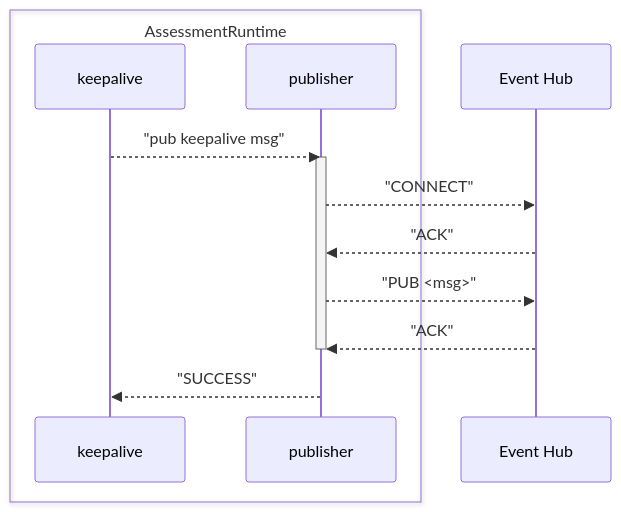
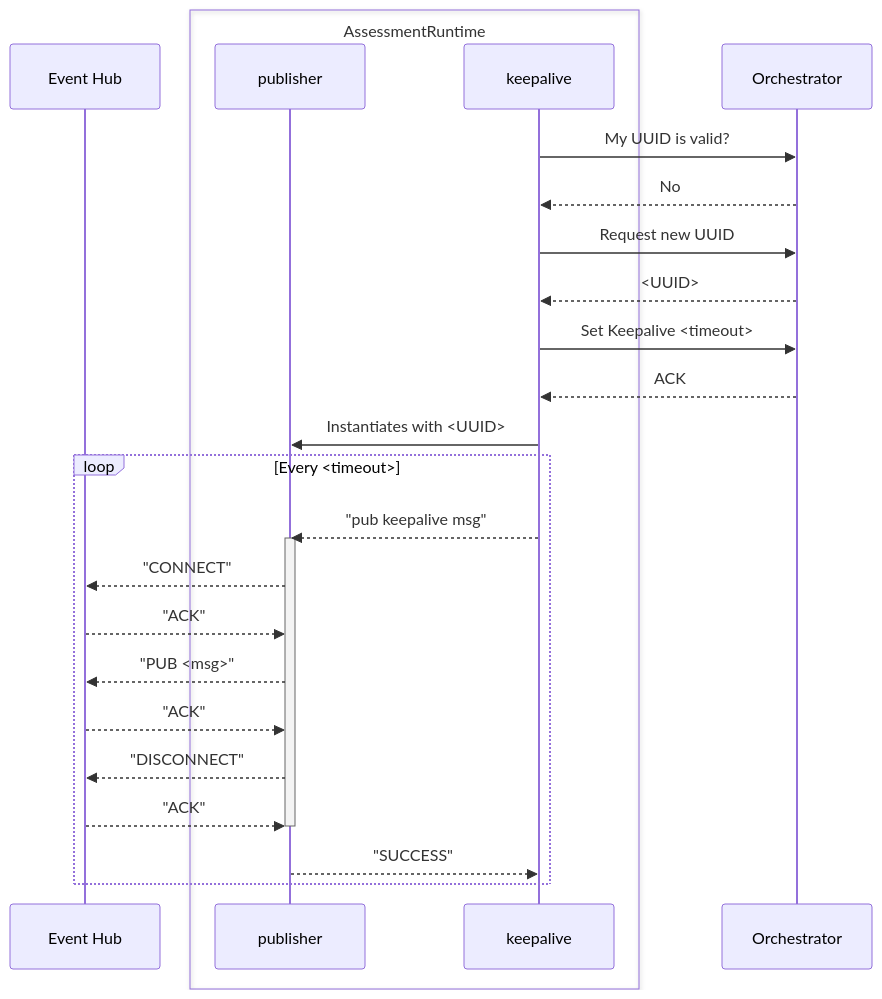
One commit to compliance-framework/website changed the diagram in sequence_diagrams/ASSESSMENT_RUNTIME_DIAGRAMS.md. Above: the diagram before and after it, drawn with Mermaid. The commit also changed other lines of this file, not shown here.

````diff
--- a/sequence_diagrams/ASSESSMENT_RUNTIME_DIAGRAMS.md
+++ b/sequence_diagrams/ASSESSMENT_RUNTIME_DIAGRAMS.md
@@ -23,15 +7,28 @@
 ```mermaid
 sequenceDiagram
+participant Event Hub
 box AssessmentRuntime
+    participant publisher
     participant keepalive
-    participant publisher
 end
+    participant Orchestrator
+    keepalive ->> Orchestrator: My UUID is valid?
+    Orchestrator -->> keepalive: No
+    keepalive ->> Orchestrator: Request new UUID
+    Orchestrator -->> keepalive: <UUID>
+    keepalive ->> Orchestrator: Set Keepalive <timeout>
+    Orchestrator -->> keepalive: ACK
+    keepalive ->> publisher: Instantiates with <UUID>
+    loop Every <timeout>
     keepalive -->> publisher: "pub keepalive msg"
      activate publisher
     publisher -->> Event Hub: "CONNECT"
     Event Hub -->> publisher: "ACK"
     publisher -->> Event Hub: "PUB <msg>"
     Event Hub -->> publisher: "ACK"
+    publisher -->> Event Hub: "DISCONNECT"
+    Event Hub -->> publisher: "ACK"
     deactivate publisher
     publisher -->> keepalive: "SUCCESS"
+    end
 ```
````
